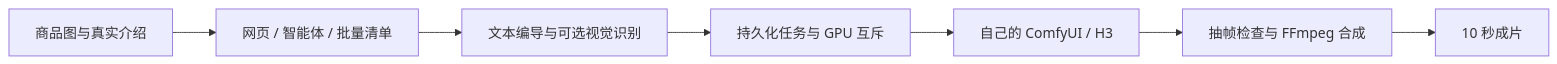
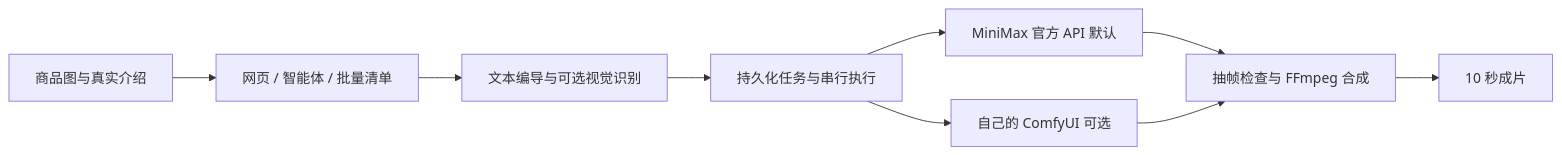
Before and after one commit to hylovelyb970623-maker/one-sentence-product-video: the diagram in README.md, drawn with Mermaid. The commit also changed other lines of this file and 13 other files, not shown here.

Commit message:
feat: make official MiniMax H3 V2 API the default video engine

````diff
--- a/README.md
+++ b/README.md
@@ -16,9 +17,11 @@
 ```mermaid
 flowchart LR
   Input[商品图与真实介绍] --> Entry[网页 / 智能体 / 批量清单]
   Entry --> Plan[文本编导与可选视觉识别]
-  Plan --> Queue[持久化任务与 GPU 互斥]
-  Queue --> Comfy[自己的 ComfyUI / H3]
-  Comfy --> Render[抽帧检查与 FFmpeg 合成]
+  Plan --> Queue[持久化任务与串行执行]
+  Queue --> API[MiniMax 官方 API 默认]
+  Queue --> Comfy[自己的 ComfyUI 可选]
+  API --> Render[抽帧检查与 FFmpeg 合成]
+  Comfy --> Render
   Render --> Video[10 秒成片]
 ```
````
